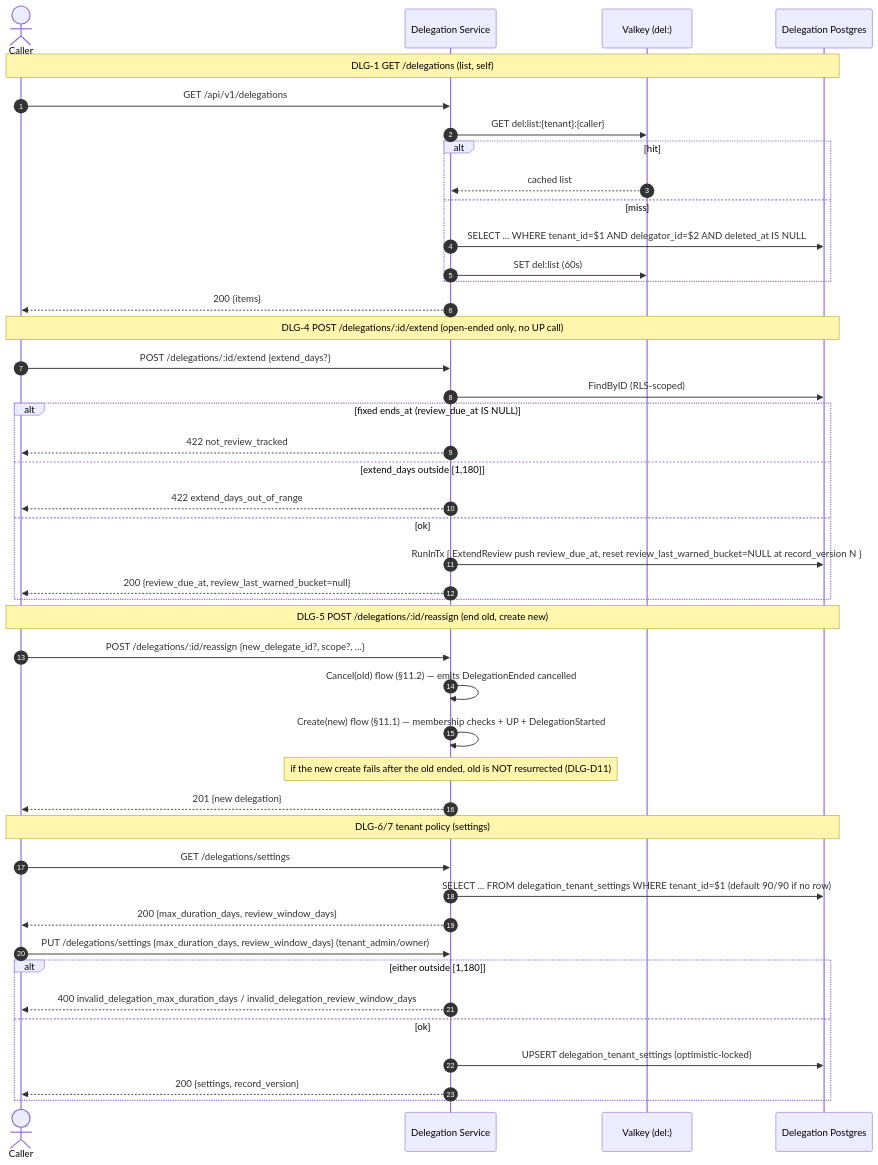
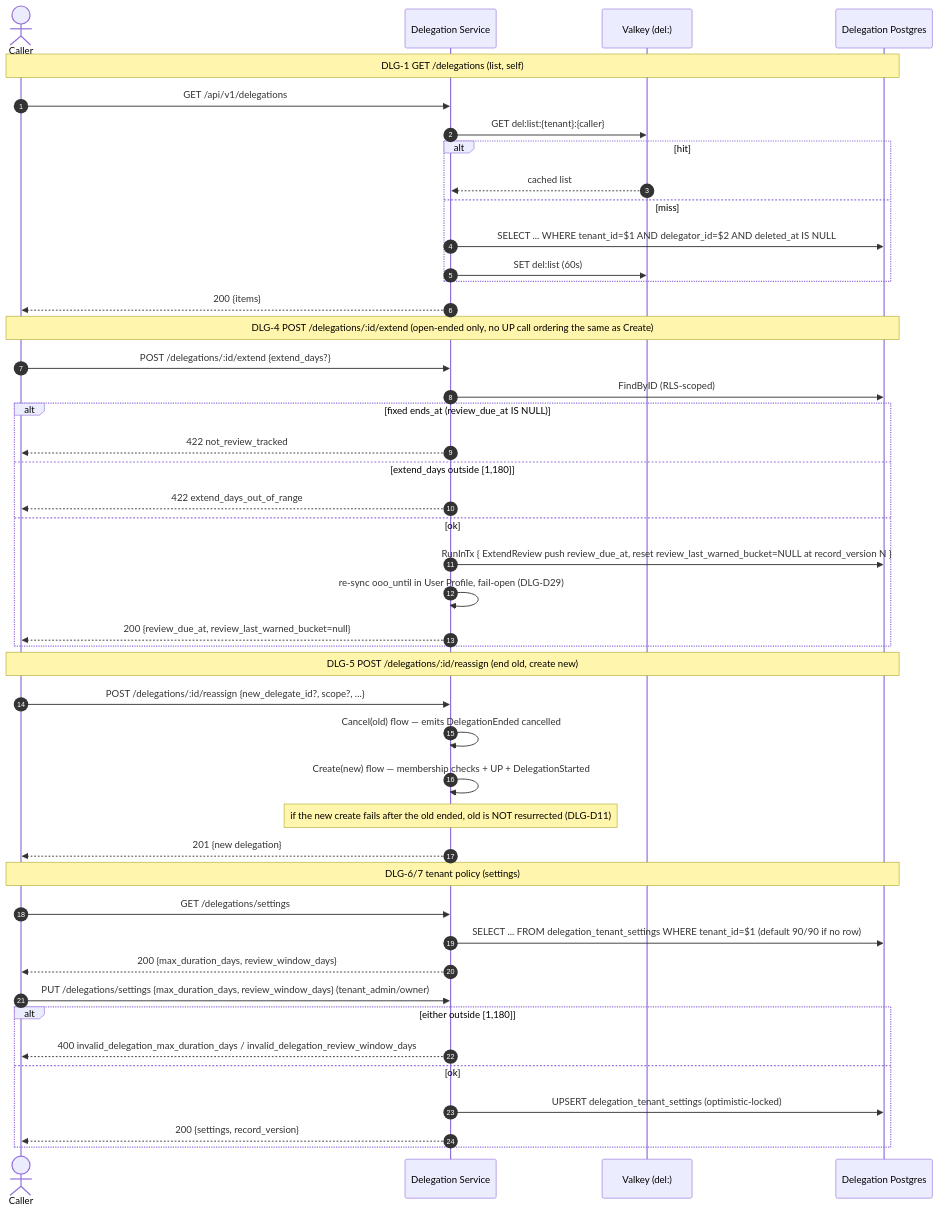
Before and after one commit to BCBP-SOLUTIONS-FZC-LLC/iam-delegation: diagram 12 of 13 in ARCHITECTURE.md, drawn with Mermaid. The commit also changed other lines of this file and 139 other files, not shown here.

````diff
--- a/ARCHITECTURE.md
+++ b/ARCHITECTURE.md
@@ -405,50 +577,51 @@
 ```mermaid
 sequenceDiagram
     autonumber
     actor C as Caller
     participant DLG as Delegation Service
     participant V as Valkey (del:)
     participant PG as Delegation Postgres
 
     Note over C,PG: DLG-1 GET /delegations (list, self)
     C->>DLG: GET /api/v1/delegations
     DLG->>V: GET del:list:{tenant}:{caller}
     alt hit
         V-->>DLG: cached list
     else miss
         DLG->>PG: SELECT ... WHERE tenant_id=$1 AND delegator_id=$2 AND deleted_at IS NULL
         DLG->>V: SET del:list (60s)
     end
     DLG-->>C: 200 {items}
 
-    Note over C,PG: DLG-4 POST /delegations/:id/extend (open-ended only, no UP call)
+    Note over C,PG: DLG-4 POST /delegations/:id/extend (open-ended only, no UP call ordering the same as Create)
     C->>DLG: POST /delegations/:id/extend {extend_days?}
     DLG->>PG: FindByID (RLS-scoped)
     alt fixed ends_at (review_due_at IS NULL)
         DLG-->>C: 422 not_review_tracked
     else extend_days outside [1,180]
         DLG-->>C: 422 extend_days_out_of_range
     else ok
         DLG->>PG: RunInTx { ExtendReview push review_due_at, reset review_last_warned_bucket=NULL at record_version N }
+        DLG->>DLG: re-sync ooo_until in User Profile, fail-open (DLG-D29)
         DLG-->>C: 200 {review_due_at, review_last_warned_bucket=null}
     end
 
     Note over C,PG: DLG-5 POST /delegations/:id/reassign (end old, create new)
     C->>DLG: POST /delegations/:id/reassign {new_delegate_id?, scope?, ...}
-    DLG->>DLG: Cancel(old) flow (§11.2) — emits DelegationEnded cancelled
-    DLG->>DLG: Create(new) flow (§11.1) — membership checks + UP + DelegationStarted
+    DLG->>DLG: Cancel(old) flow — emits DelegationEnded cancelled
+    DLG->>DLG: Create(new) flow — membership checks + UP + DelegationStarted
     Note over DLG: if the new create fails after the old ended, old is NOT resurrected (DLG-D11)
     DLG-->>C: 201 {new delegation}
 
     Note over C,PG: DLG-6/7 tenant policy (settings)
     C->>DLG: GET /delegations/settings
     DLG->>PG: SELECT ... FROM delegation_tenant_settings WHERE tenant_id=$1 (default 90/90 if no row)
     DLG-->>C: 200 {max_duration_days, review_window_days}
     C->>DLG: PUT /delegations/settings {max_duration_days, review_window_days}  (tenant_admin/owner)
     alt either outside [1,180]
         DLG-->>C: 400 invalid_delegation_max_duration_days / invalid_delegation_review_window_days
     else ok
         DLG->>PG: UPSERT delegation_tenant_settings (optimistic-locked)
         DLG-->>C: 200 {settings, record_version}
     end
 ```
````
